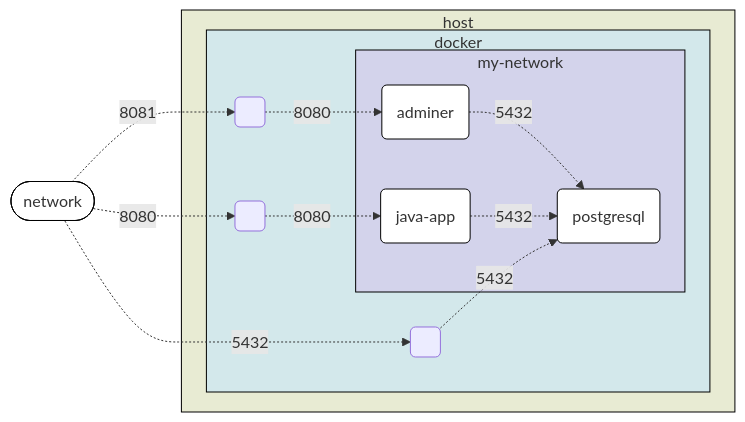
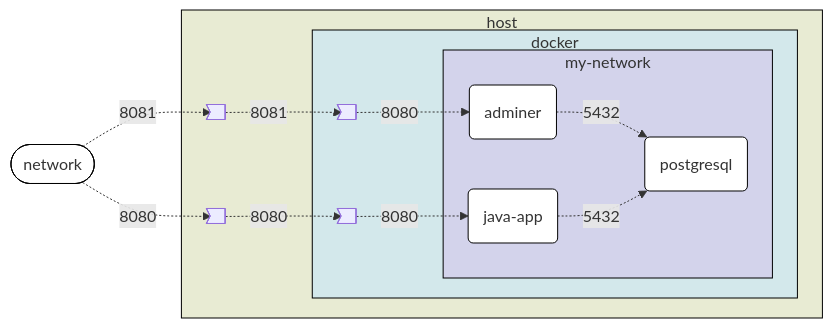
One commit to Fradantim/docker-workshop changed the third of 3 diagrams in README.md. Above: the diagram before and after it, drawn with Mermaid. The commit also changed other lines of this file, not shown here.

````diff
--- a/README.md
+++ b/README.md
@@ -241,26 +377,26 @@
 ```mermaid
-  flowchart LR
-    subgraph host
-      subgraph docker
-        subgraph my-network
-          B(postgresql)
-          A(adminer) -.->|5432|B
-          J(java-app) -.->|5432|B
-        end
-        HB( ) -.->|5432|B 
-        HA( ) -.->|8080|A
-        HJ( ) -.->|8080|J
-      end
+flowchart LR
+subgraph host
+  subgraph docker
+    subgraph my-network
+      B(postgresql)
+      A(adminer) -.->|5432|B
+      J(java-app) -.->|5432|B
     end
-    N([network]) -.->|5432|HB
-    N([network]) -.->|8081|HA
-    N([network]) -.->|8080|HJ
+    DA> ] -.->|8080|A
+    DJ> ] -.->|8080|J
+  end
+  HA> ] -.->|8081|DA
+  HJ> ] -.->|8080|DJ
+end
+N([network]) -.->|8081|HA
+N([network]) -.->|8080|HJ
 
-  classDef container fill:white,stroke:black;
-  class A,J,B container;
-  style N fill:white,stroke:black;
+classDef container fill:white,stroke:black;
+class A,J,B container;
+style N fill:white,stroke:black;
 
-  style host fill:#e8ebd3,stroke:black;
-  style docker fill:#d3e8eb,stroke:black;
-  style my-network fill:#d3d3eb,stroke:black;
+style host fill:#e8ebd3,stroke:black;
+style docker fill:#d3e8eb,stroke:black;
+style my-network fill:#d3d3eb,stroke:black;
 ```
````
